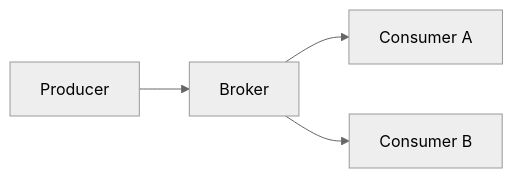
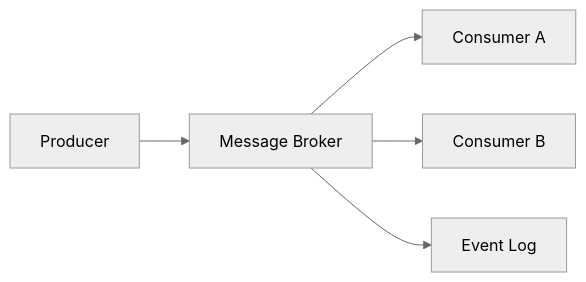
The first of 24 diagrams in 06-messaging-and-events/README.md (hareramcse/SystemDesign), drawn with Mermaid (neutral theme) before and after one commit. The commit also changed other lines of this file and 15 other files, not shown here.

````diff
--- a/06-messaging-and-events/README.md
+++ b/06-messaging-and-events/README.md
@@ -43,6 +47,7 @@
 ```mermaid
 flowchart LR
-    P[Producer] --> B[Broker]
-    B --> C1[Consumer A]
-    B --> C2[Consumer B]
+    Producer --> Broker[Message Broker]
+    Broker --> ConsumerA[Consumer A]
+    Broker --> ConsumerB[Consumer B]
+    Broker --> Stream[Event Log]
 ```
````
